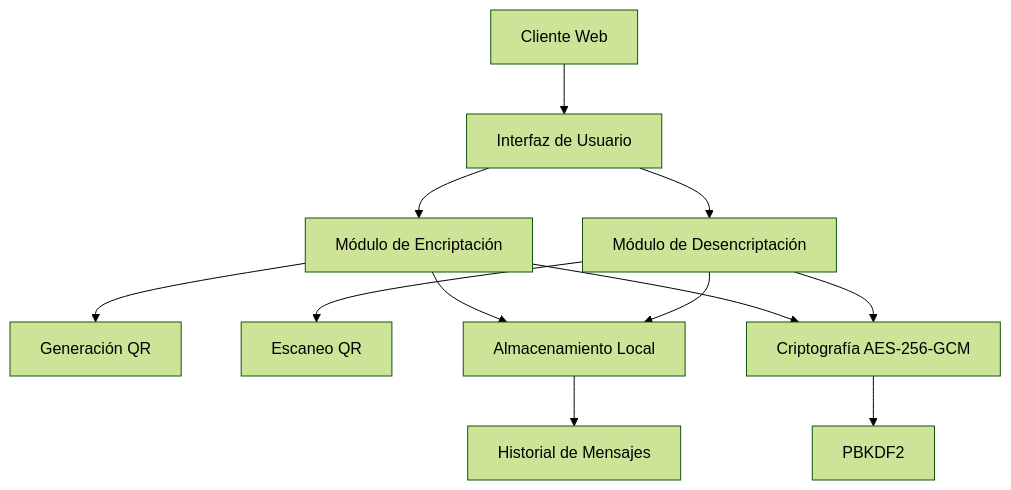
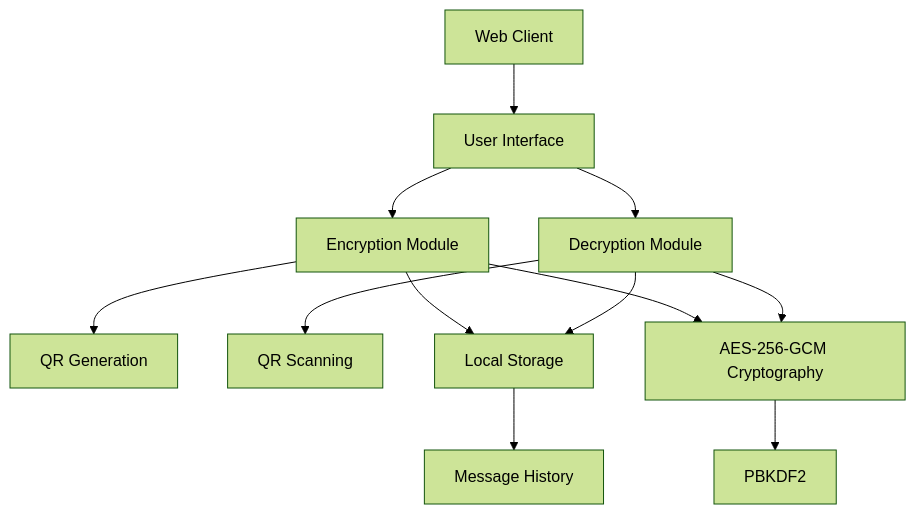
Before and after one commit to MPetovick/testHUSHBOX: the first of 4 diagrams in README.md, drawn with Mermaid (forest theme).

````diff
--- a/README.md
+++ b/README.md
@@ -67,13 +67,13 @@
 ```mermaid
 graph TD
-    A[Cliente Web] --> B[Interfaz de Usuario]
-    B --> C[Módulo de Encriptación]
-    B --> D[Módulo de Desencriptación]
-    C --> E[Generación QR]
-    D --> F[Escaneo QR]
-    C --> G[Almacenamiento Local]
+    A[Web Client] --> B[User Interface]
+    B --> C[Encryption Module]
+    B --> D[Decryption Module]
+    C --> E[QR Generation]
+    D --> F[QR Scanning]
+    C --> G[Local Storage]
     D --> G
-    G --> H[Historial de Mensajes]
-    C & D --> I[Criptografía AES-256-GCM]
+    G --> H[Message History]
+    C & D --> I[AES-256-GCM Cryptography]
     I --> J[PBKDF2]
 ```
````
